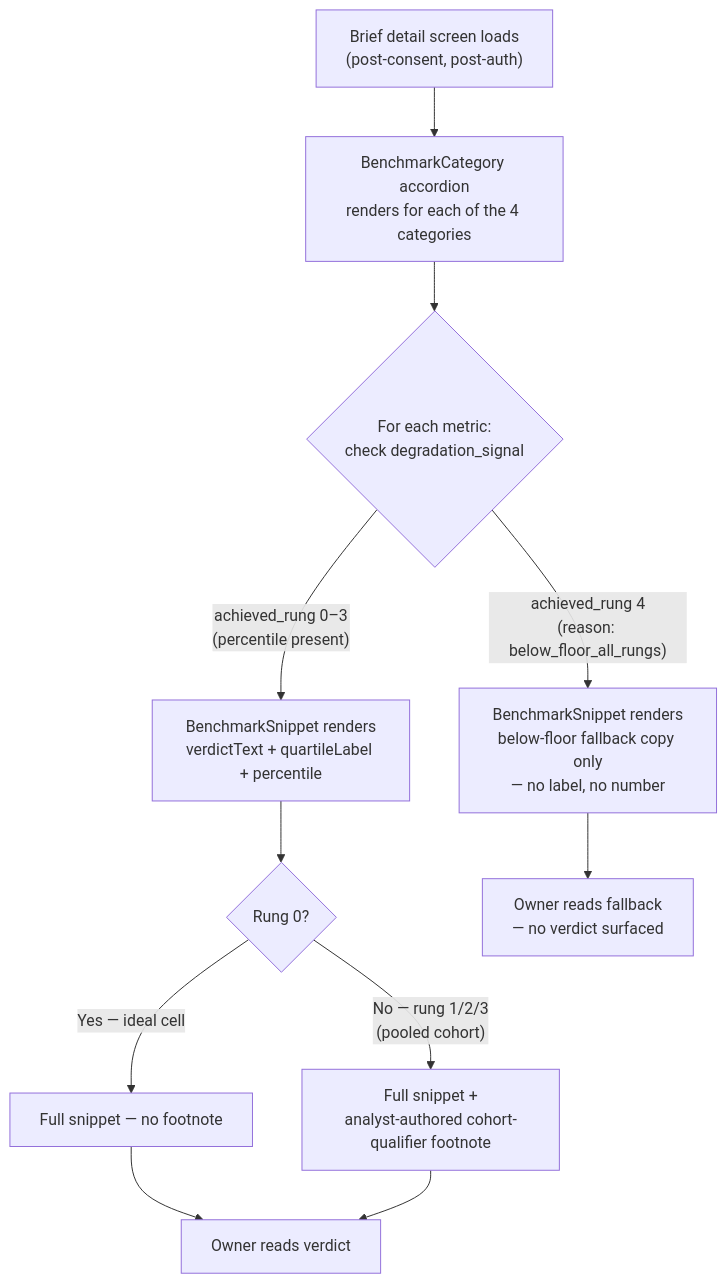
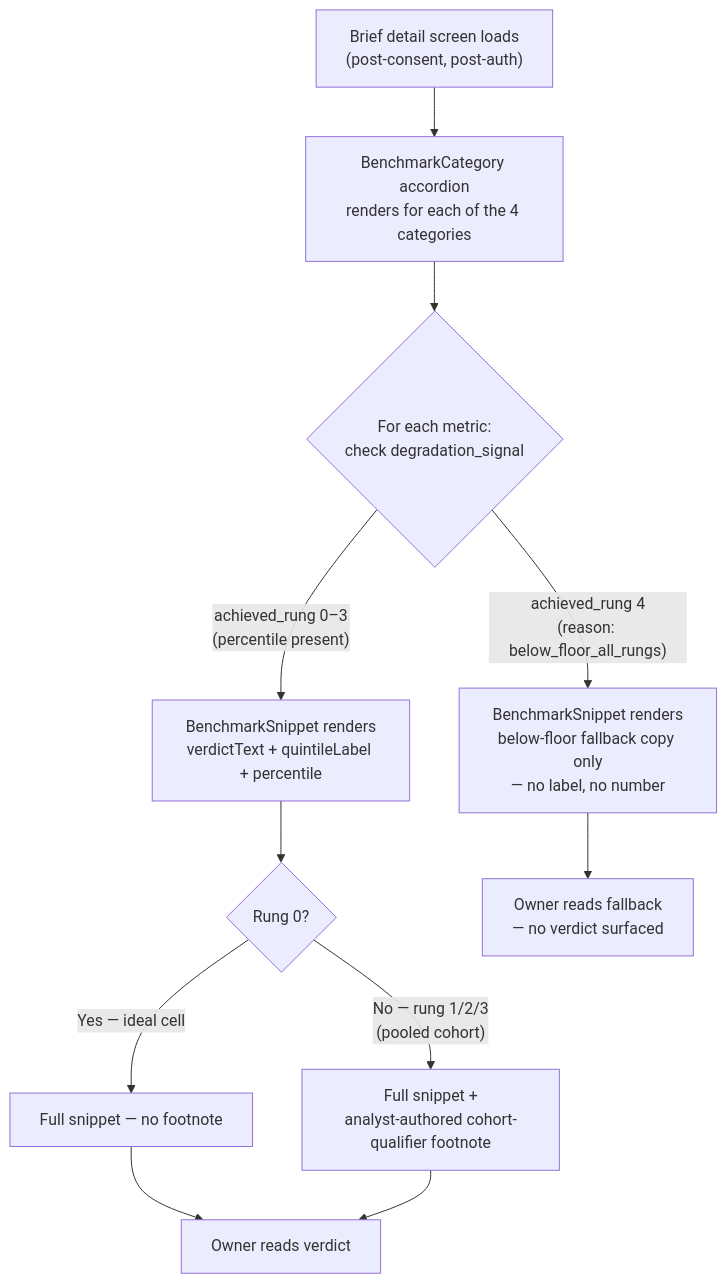
One commit to pdeaibootcamp-netizen/saap changed the diagram in docs/design/quartile-position-display.md. Above: the diagram before and after it, drawn with Mermaid. The commit also changed other lines of this file and 1 other file, not shown here.

````diff
--- a/docs/design/quartile-position-display.md
+++ b/docs/design/quartile-position-display.md
@@ -27,13 +27,13 @@
 ```mermaid
 flowchart TD
     A["Brief detail screen loads\n(post-consent, post-auth)"] --> B["BenchmarkCategory accordion\nrenders for each of the 4 categories"]
     B --> C{For each metric:\ncheck degradation_signal}
-    C -->|"achieved_rung 0–3\n(percentile present)"| D["BenchmarkSnippet renders\nverdictText + quartileLabel + percentile"]
+    C -->|"achieved_rung 0–3\n(percentile present)"| D["BenchmarkSnippet renders\nverdictText + quintileLabel + percentile"]
     C -->|"achieved_rung 4\n(reason: below_floor_all_rungs)"| E["BenchmarkSnippet renders\nbelow-floor fallback copy only\n— no label, no number"]
     D --> F{Rung 0?}
     F -->|"Yes — ideal cell"| G["Full snippet — no footnote"]
     F -->|"No — rung 1/2/3\n(pooled cohort)"| H["Full snippet +\nanalyst-authored cohort-qualifier footnote"]
     G --> I["Owner reads verdict"]
     H --> I
     E --> J["Owner reads fallback\n— no verdict surfaced"]
 ```
````
